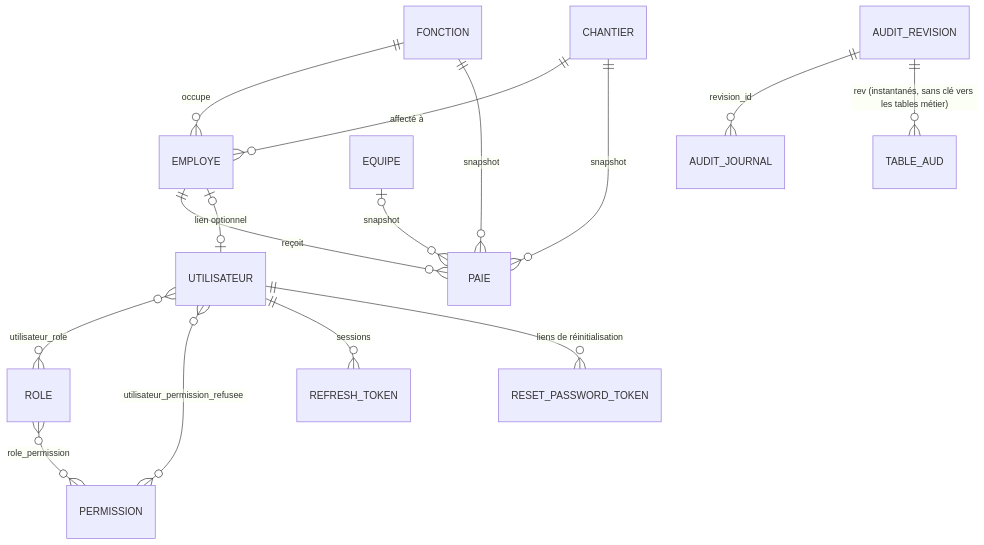
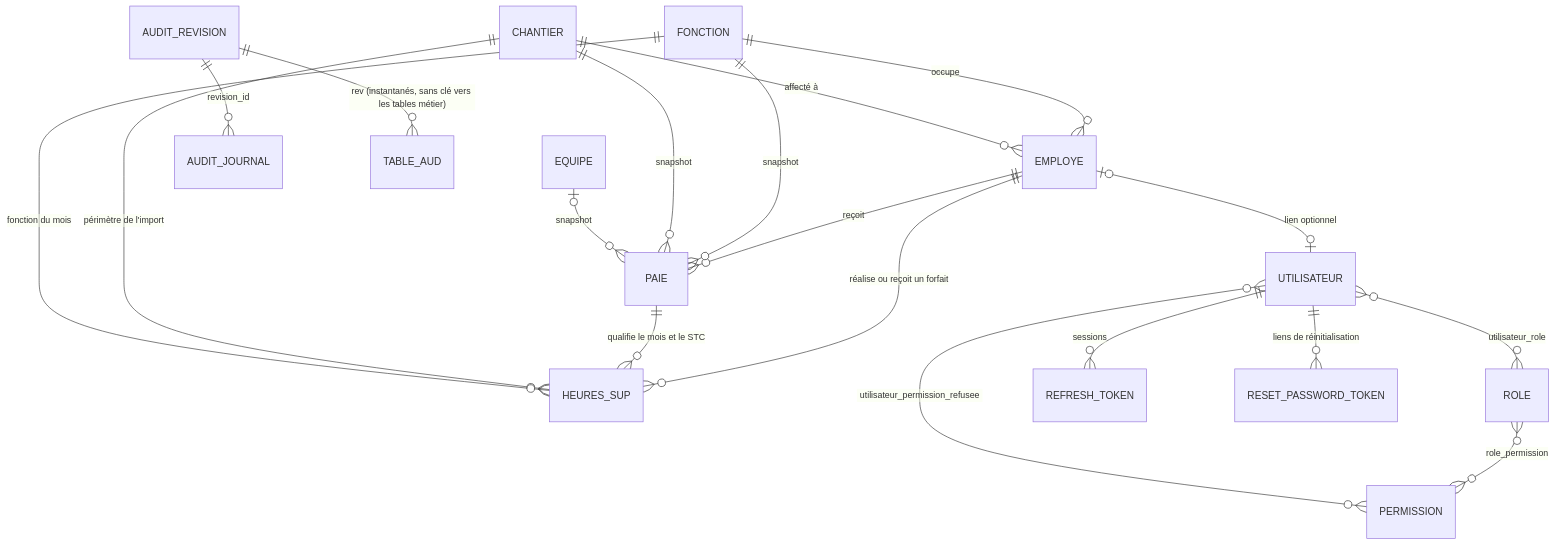
The diagram in docs/data-model.md (HmaydaAbdo/Rh-ERP), drawn with Mermaid before and after one commit. The commit also changed other lines of this file and 69 other files, not shown here.

````diff
--- a/docs/data-model.md
+++ b/docs/data-model.md
@@ -11,17 +11,21 @@
 ```mermaid
 erDiagram
   FONCTION ||--o{ EMPLOYE : "occupe"
   CHANTIER ||--o{ EMPLOYE : "affecté à"
   EMPLOYE  ||--o{ PAIE : "reçoit"
+  EMPLOYE  ||--o{ HEURES_SUP : "réalise ou reçoit un forfait"
+  PAIE     ||--o{ HEURES_SUP : "qualifie le mois et le STC"
+  CHANTIER ||--o{ HEURES_SUP : "périmètre de l'import"
+  FONCTION ||--o{ HEURES_SUP : "fonction du mois"
   FONCTION ||--o{ PAIE : "snapshot"
   CHANTIER ||--o{ PAIE : "snapshot"
   EQUIPE   |o--o{ PAIE : "snapshot"
   EMPLOYE  |o--o| UTILISATEUR : "lien optionnel"
   UTILISATEUR }o--o{ ROLE : "utilisateur_role"
   ROLE }o--o{ PERMISSION : "role_permission"
   UTILISATEUR }o--o{ PERMISSION : "utilisateur_permission_refusee"
   UTILISATEUR ||--o{ REFRESH_TOKEN : "sessions"
   UTILISATEUR ||--o{ RESET_PASSWORD_TOKEN : "liens de réinitialisation"
   AUDIT_REVISION ||--o{ AUDIT_JOURNAL : "revision_id"
   AUDIT_REVISION ||--o{ TABLE_AUD : "rev (instantanés, sans clé vers les tables métier)"
 ```
````
